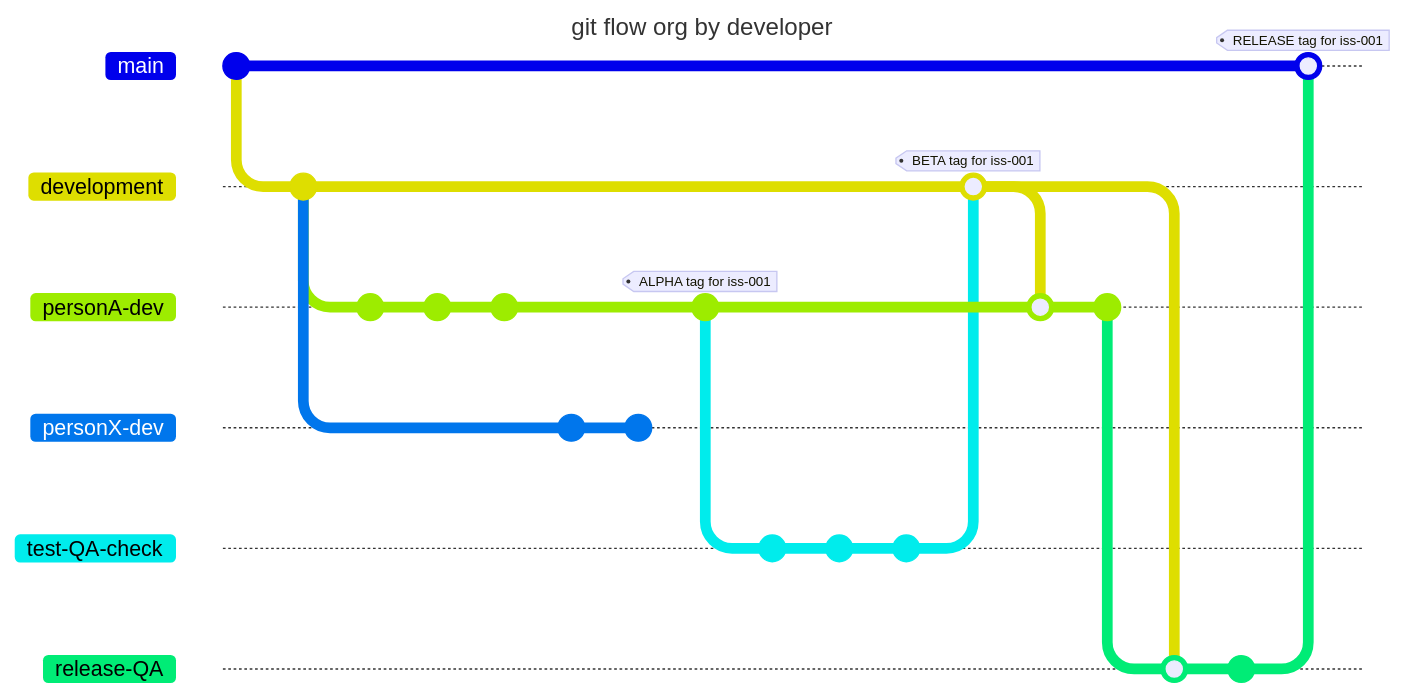
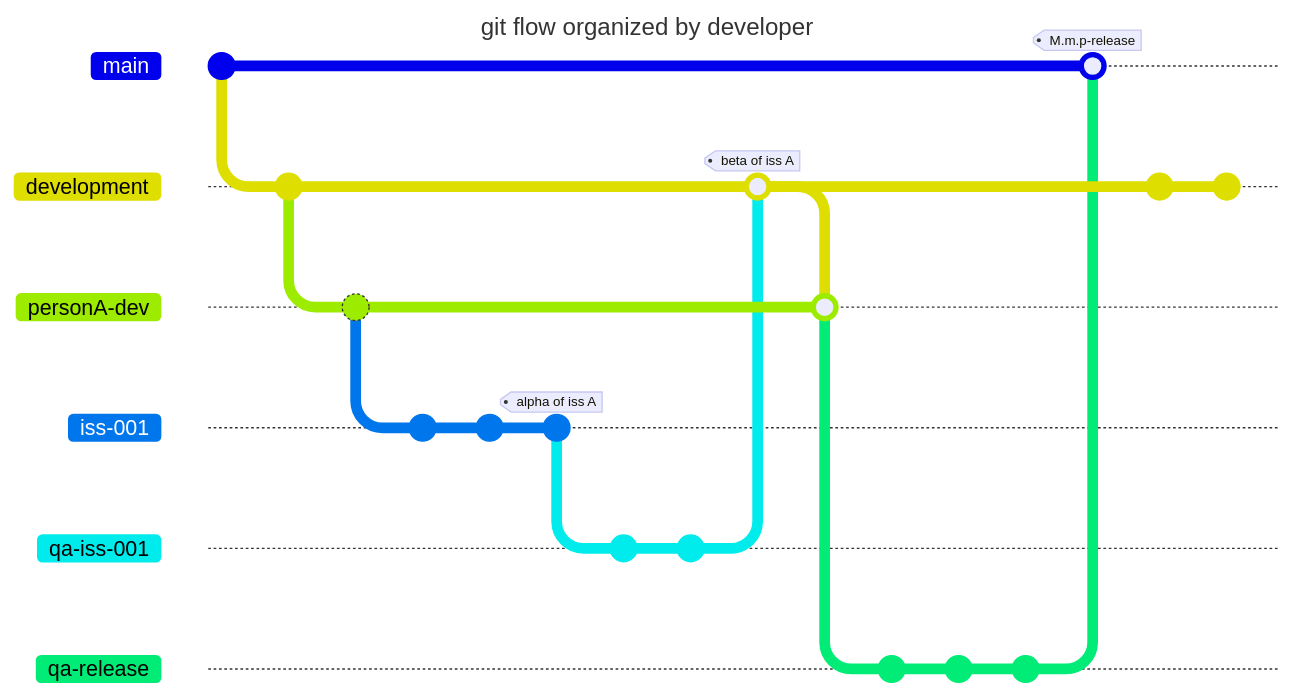
One commit to petre-renware/sdeven changed the second of 2 diagrams in doc_src/SDEVEN.40_BRAN.md. Above: the diagram before and after it, drawn with Mermaid. The commit also changed other lines of this file and 1 other file, not shown here. Commit ids are hidden.

Commit message:
closed 230813piu_a

````diff
--- a/doc_src/SDEVEN.40_BRAN.md
+++ b/doc_src/SDEVEN.40_BRAN.md
@@ -112,38 +122,41 @@
 ``` mermaid
 ---
-title: git flow org by developer
+title: git flow organized by developer
 ---
 gitGraph
-    commit
-
+    commit id: "init repo"
     branch "development"
-    commit id: "review and close development"
+    commit id: "start of iss A"
 
     branch "personA-dev"
-    commit id: "work iss 001"
+    commit id: "prepare branch"
+    branch "iss-001"
     commit
     commit
+    commit id: "end iss 001" tag: "alpha of iss A"
+
+    branch "qa-iss-001"
+    commit id: "prepare test of iss A"
+    commit "beta passed"
 
     checkout "development"
-    branch "personX-dev"
-    commit id: "work to iss 002"
-    commit
-    
-    checkout "personA-dev"
-    commit id: "finished iss 001" tag: "ALPHA tag for iss-001"
-    branch "test-QA-check"
-    commit
-    commit id: "test work for iss 001"
-    commit id: "passed"
-    checkout "development"
-    merge "test-QA-check" id: "get iss 001" tag: "BETA tag for iss-001"
+    merge "qa-iss-001" tag: "beta of iss A"
+
     checkout "personA-dev"
     merge "development"
-    commit
 
-    branch "release-QA"
-    merge "development"
-    commit "...checks for release iss 001"
+    branch "qa-release"
+    commit id: "documentation Ok"
+    commit id: "deployment kit OK"
+    commit id: "release PASSED"
     checkout "main"
-    merge "release-QA" tag: "RELEASE tag for iss-001"
+    merge "qa-release" tag: "M.m.p-release"
+
+    checkout "personA-dev"
+    commit id: "other work"
+    commit id: "more other work"
+
+    checkout "development"
+    commit id: "other work"
+    commit id: "more other work"
 ```
````
